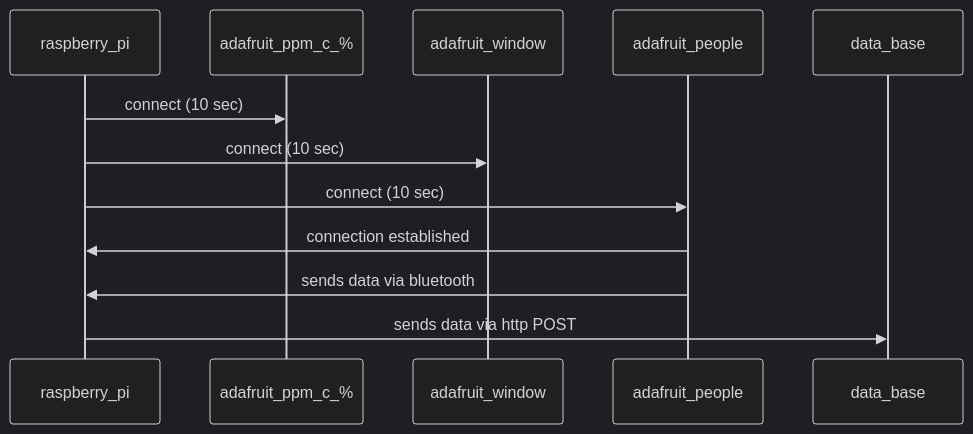
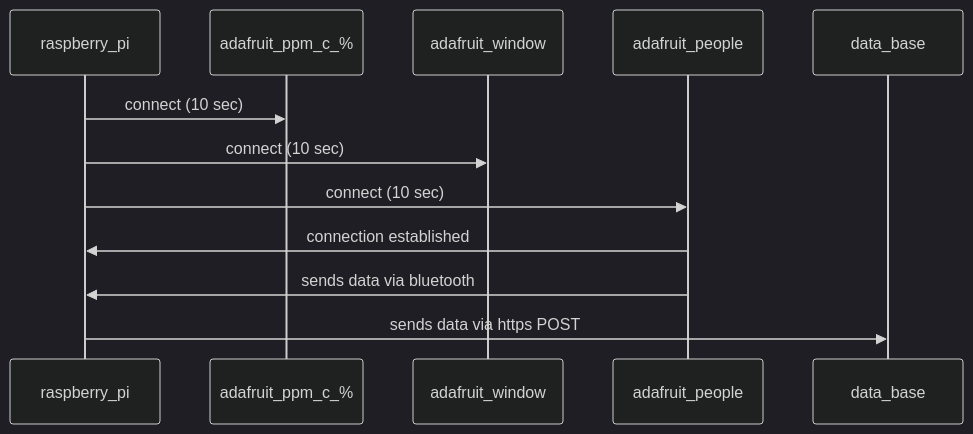
The second of 3 diagrams in abgabe_bericht/software_module_sequenzdiagramme/main_unit.md (nicolarohner1337/smartclassroom), drawn with Mermaid (dark theme) before and after one commit.

````diff
--- a/abgabe_bericht/software_module_sequenzdiagramme/main_unit.md
+++ b/abgabe_bericht/software_module_sequenzdiagramme/main_unit.md
@@ -20,15 +20,15 @@
 ```mermaid
 sequenceDiagram
     participant raspberry_pi
     participant adafruit_ppm_c_%
     participant adafruit_window
     participant adafruit_people
     participant data_base
     raspberry_pi->>adafruit_ppm_c_%: connect (10 sec)
     raspberry_pi->>adafruit_window: connect (10 sec)
     raspberry_pi->>adafruit_people: connect (10 sec)
     adafruit_people->>raspberry_pi: connection established
     adafruit_people->>raspberry_pi: sends data via bluetooth
-    raspberry_pi->>data_base: sends data via http POST
+    raspberry_pi->>data_base: sends data via https POST
 
 ```
````
